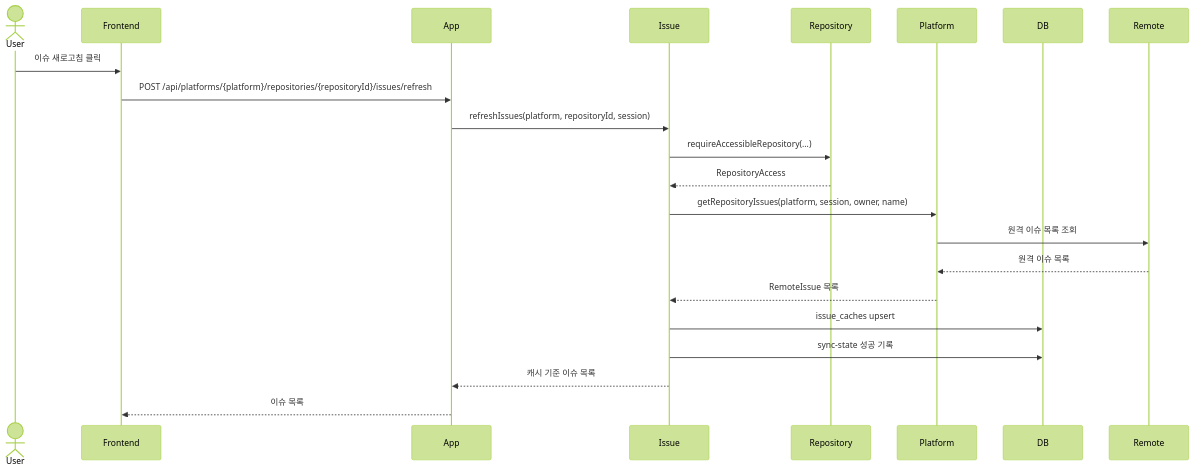
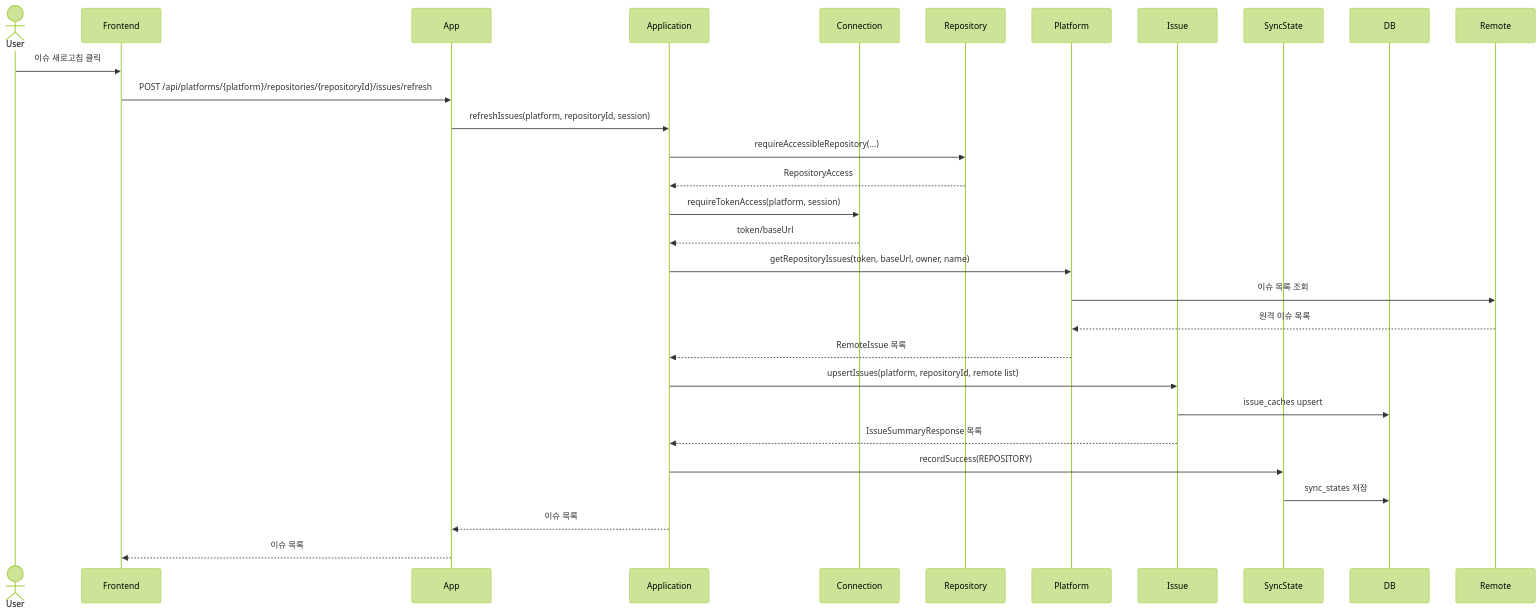
Before and after one commit to Jungwoook/github-issue-manager: the fifth of 7 diagrams in docs/11-use-case-sequence-diagrams.md, drawn with Mermaid (forest theme). The commit also changed other lines of this file and 10 other files, not shown here.

````diff
--- a/docs/11-use-case-sequence-diagrams.md
+++ b/docs/11-use-case-sequence-diagrams.md
@@ -219,25 +146,33 @@
 ```mermaid
 sequenceDiagram
     actor User
     participant Frontend
     participant App
-    participant Issue
+    participant Application
+    participant Connection
     participant Repository
     participant Platform
+    participant Issue
+    participant SyncState
     participant DB
     participant Remote
 
     User->>Frontend: 이슈 새로고침 클릭
     Frontend->>App: POST /api/platforms/{platform}/repositories/{repositoryId}/issues/refresh
-    App->>Issue: refreshIssues(platform, repositoryId, session)
-    Issue->>Repository: requireAccessibleRepository(...)
-    Repository-->>Issue: RepositoryAccess
-    Issue->>Platform: getRepositoryIssues(platform, session, owner, name)
-    Platform->>Remote: 원격 이슈 목록 조회
+    App->>Application: refreshIssues(platform, repositoryId, session)
+    Application->>Repository: requireAccessibleRepository(...)
+    Repository-->>Application: RepositoryAccess
+    Application->>Connection: requireTokenAccess(platform, session)
+    Connection-->>Application: token/baseUrl
+    Application->>Platform: getRepositoryIssues(token, baseUrl, owner, name)
+    Platform->>Remote: 이슈 목록 조회
     Remote-->>Platform: 원격 이슈 목록
-    Platform-->>Issue: RemoteIssue 목록
+    Platform-->>Application: RemoteIssue 목록
+    Application->>Issue: upsertIssues(platform, repositoryId, remote list)
     Issue->>DB: issue_caches upsert
-    Issue->>DB: sync-state 성공 기록
-    Issue-->>App: 캐시 기준 이슈 목록
+    Issue-->>Application: IssueSummaryResponse 목록
+    Application->>SyncState: recordSuccess(REPOSITORY)
+    SyncState->>DB: sync_states 저장
+    Application-->>App: 이슈 목록
     App-->>Frontend: 이슈 목록
 ```
````
